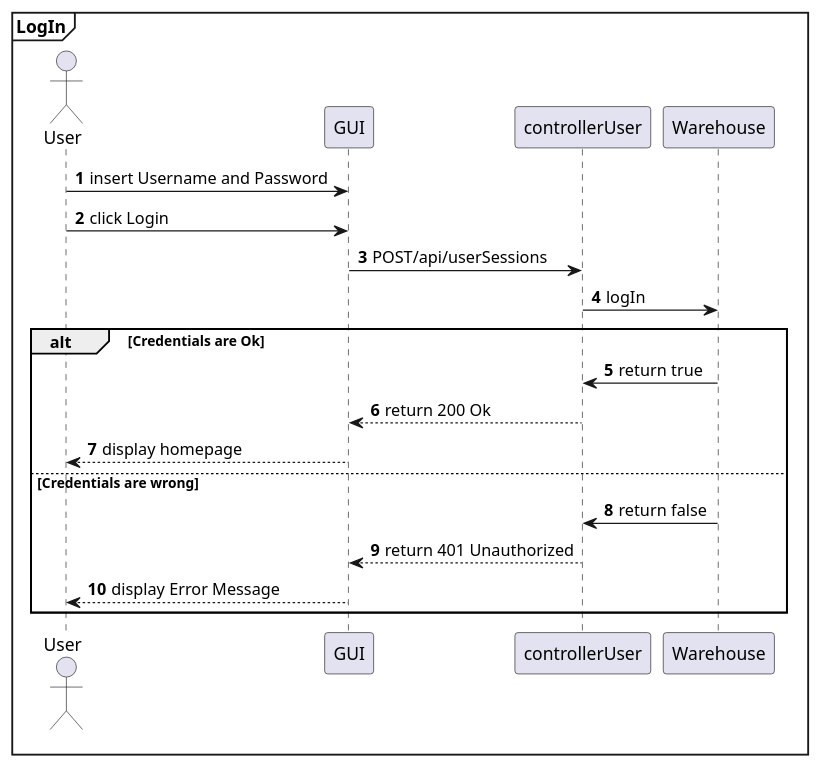
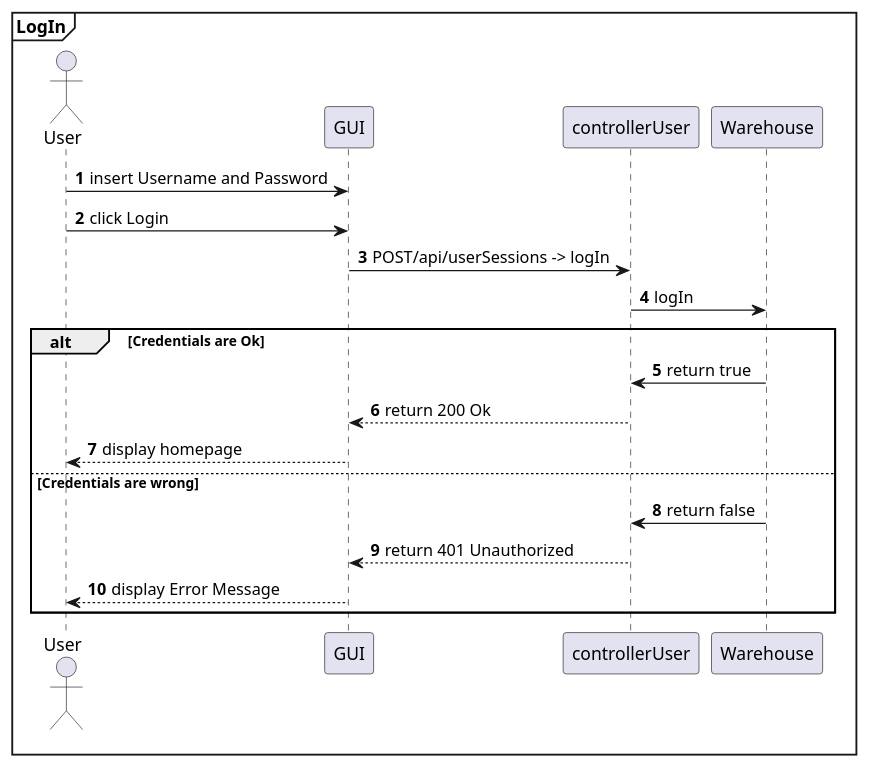
Before and after one commit to AlexZampa/EzWh: diagram 20 of 30 in DesignDocument.md, drawn with PlantUML. The commit also changed other lines of this file, not shown here.

````diff
--- a/DesignDocument.md
+++ b/DesignDocument.md
@@ -1075,24 +1053,24 @@
 ```plantuml
 @startuml
 mainframe **LogIn**
 actor User
 participant GUI
 participant controllerUser
 participant Warehouse
 
 autonumber
 User -> GUI : insert Username and Password
 User -> GUI : click Login
-GUI -> controllerUser : POST/api/userSessions
+GUI -> controllerUser : POST/api/userSessions -> logIn
 controllerUser -> Warehouse : logIn
 alt Credentials are Ok
   controllerUser <- Warehouse : return true
   GUI <-- controllerUser : return 200 Ok
   User <-- GUI : display homepage
 else Credentials are wrong
   controllerUser <- Warehouse : return false
   GUI <-- controllerUser : return 401 Unauthorized
   User <-- GUI : display Error Message
 end
 @enduml
 ```
````
